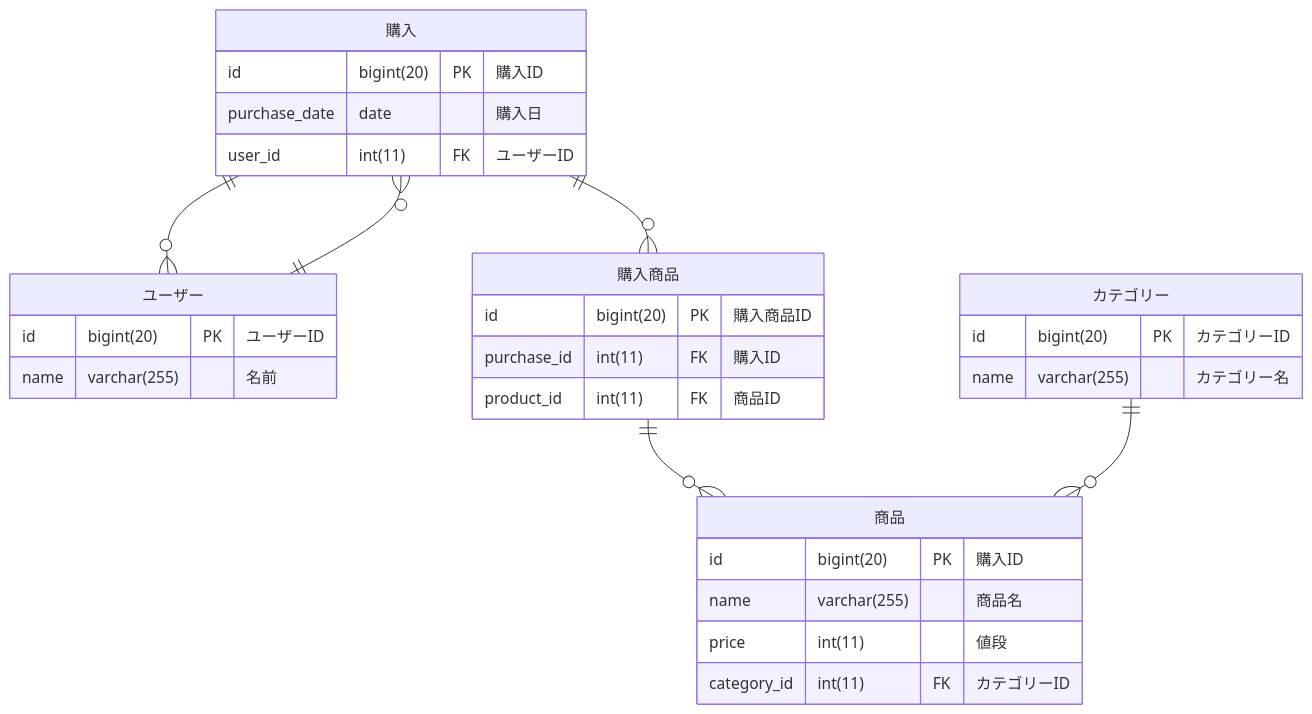
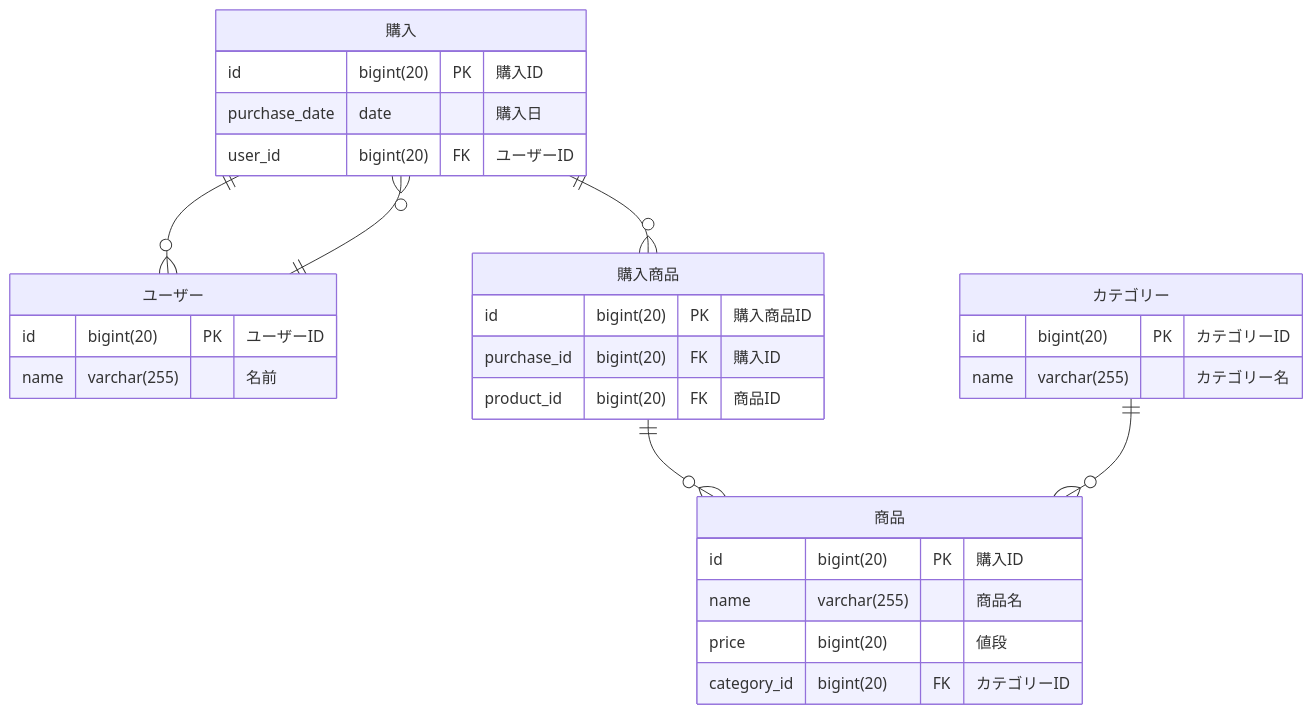
One commit to shuntaron/apprentice changed the diagram in week5-6/02_quest/20_ER_DIAGRAM/README.md. Above: the diagram before and after it, drawn with Mermaid. The commit also changed 2 other files, not shown here.

Commit message:
Add week5-6 01_INTERNET_TV STEP2

````diff
--- a/week5-6/02_quest/20_ER_DIAGRAM/README.md
+++ b/week5-6/02_quest/20_ER_DIAGRAM/README.md
@@ -56,37 +56,37 @@
 ```mermaid
 erDiagram
   "購入"        ||--o{ "ユーザー": ""
   "購入"        ||--o{ "購入商品": ""
   "ユーザー"    ||--o{ "購入": ""
   "購入商品"    ||--o{ "商品": ""
   "カテゴリー"   ||--o{ "商品": ""
 
   "購入" {
     id             bigint(20)      PK  "購入ID"
     purchase_date  date                "購入日"
-    user_id        int(11)         FK  "ユーザーID"
+    user_id        bigint(20)      FK  "ユーザーID"
   }
   
   "ユーザー" {
     id             bigint(20)      PK  "ユーザーID"
     name           varchar(255)        "名前"
   }
 
   "購入商品" {
     id             bigint(20)      PK  "購入商品ID"
-    purchase_id    int(11)         FK  "購入ID"
-    product_id     int(11)         FK  "商品ID"
+    purchase_id    bigint(20)      FK  "購入ID"
+    product_id     bigint(20)      FK  "商品ID"
   }
 
   "商品" {
     id             bigint(20)      PK  "購入ID"
     name           varchar(255)        "商品名"
-    price          int(11)             "値段"
-    category_id    int(11)         FK  "カテゴリーID"
+    price          bigint(20)          "値段"
+    category_id    bigint(20)      FK  "カテゴリーID"
   }
 
   "カテゴリー" {
     id             bigint(20)      PK  "カテゴリーID"
     name           varchar(255)        "カテゴリー名"
   }
 ```
````
